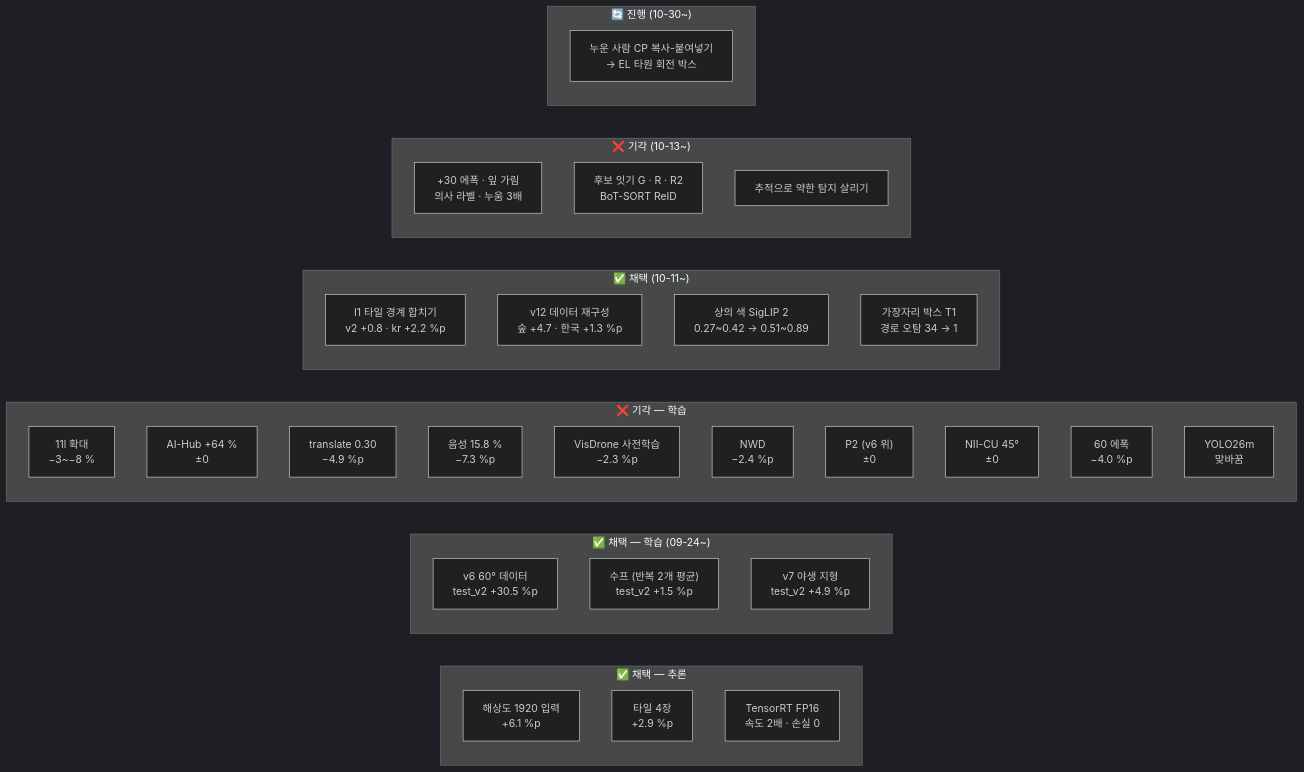
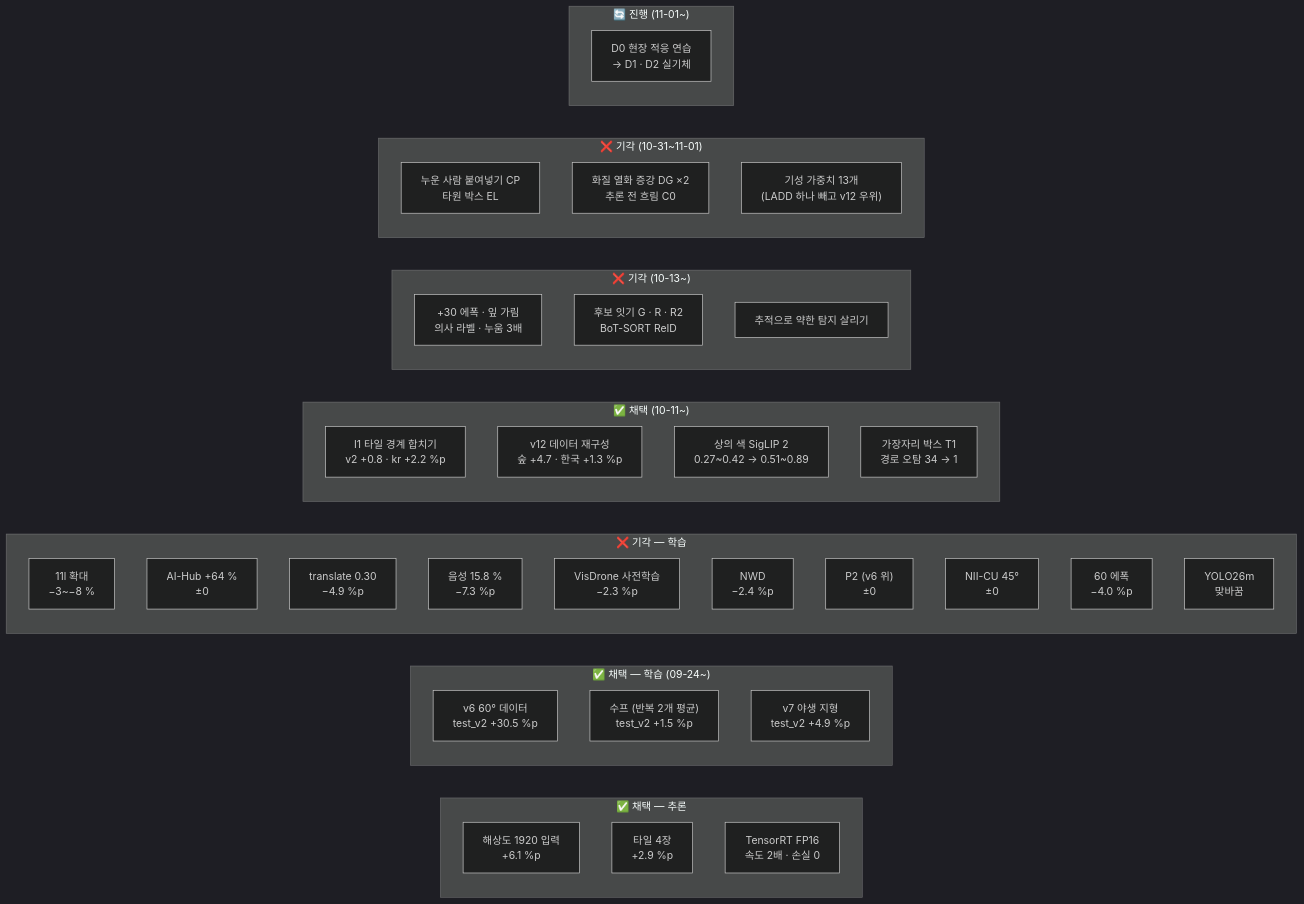
One commit to tim9985/Capstone changed the diagram in obsidian/04 실험/_실험 색인.md. Above: the diagram before and after it, drawn with Mermaid (dark theme). The commit also changed other lines of this file and 48 other files, not shown here.

````diff
--- a/obsidian/04 실험/_실험 색인.md
+++ b/obsidian/04 실험/_실험 색인.md
@@ -12,39 +12,44 @@
 ```mermaid
 flowchart LR
     subgraph OK["✅ 채택 — 추론"]
         T1["해상도 1920 입력<br/>+6.1 %p"]
         T2["타일 4장<br/>+2.9 %p"]
         T3["TensorRT FP16<br/>속도 2배 · 손실 0"]
     end
     subgraph OK2["✅ 채택 — 학습 (09-24~)"]
         W1["v6 60° 데이터<br/>test_v2 +30.5 %p"]
         W2["수프 (반복 2개 평균)<br/>test_v2 +1.5 %p"]
         W3["v7 야생 지형<br/>test_v2 +4.9 %p"]
     end
     subgraph NG["❌ 기각 — 학습"]
         N1["11l 확대<br/>−3~−8 %"]
         N2["AI-Hub +64 %<br/>±0"]
         N3["translate 0.30<br/>−4.9 %p"]
         N4["음성 15.8 %<br/>−7.3 %p"]
         N5["VisDrone 사전학습<br/>−2.3 %p"]
         N6["NWD<br/>−2.4 %p"]
         N7["P2 (v6 위)<br/>±0"]
         N8["NII-CU 45°<br/>±0"]
         N9["60 에폭<br/>−4.0 %p"]
         N10["YOLO26m<br/>맞바꿈"]
     end
     subgraph OK3["✅ 채택 (10-11~)"]
         Y1["I1 타일 경계 합치기<br/>v2 +0.8 · kr +2.2 %p"]
         Y2["v12 데이터 재구성<br/>숲 +4.7 · 한국 +1.3 %p"]
         Y3["상의 색 SigLIP 2<br/>0.27~0.42 → 0.51~0.89"]
         Y4["가장자리 박스 T1<br/>경로 오탐 34 → 1"]
     end
     subgraph NG2["❌ 기각 (10-13~)"]
         Z1["+30 에폭 · 잎 가림<br/>의사 라벨 · 누움 3배"]
         Z2["후보 잇기 G · R · R2<br/>BoT-SORT ReID"]
         Z3["추적으로 약한 탐지 살리기"]
     end
-    subgraph RUN["🔄 진행 (10-30~)"]
-        R1["누운 사람 CP 복사-붙여넣기<br/>→ EL 타원 회전 박스"]
+    subgraph NG3["❌ 기각 (10-31~11-01)"]
+        Q1["누운 사람 붙여넣기 CP<br/>타원 박스 EL"]
+        Q2["화질 열화 증강 DG ×2<br/>추론 전 흐림 C0"]
+        Q3["기성 가중치 13개<br/>(LADD 하나 빼고 v12 우위)"]
+    end
+    subgraph RUN["🔄 진행 (11-01~)"]
+        R1["D0 현장 적응 연습<br/>→ D1 · D2 실기체"]
     end
 ```
````
